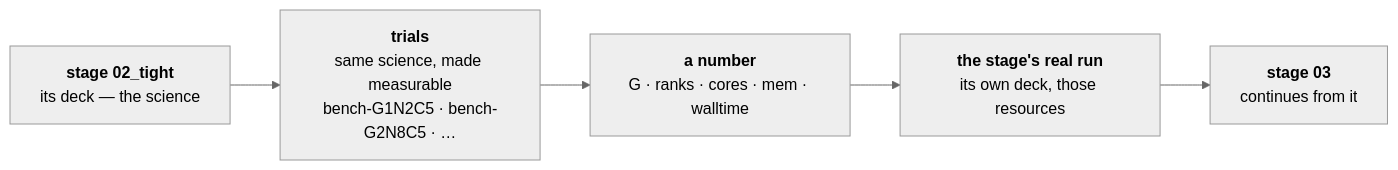
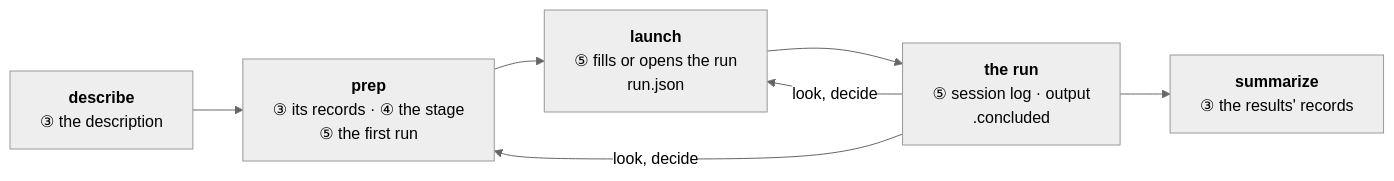
Before and after one commit to Qing-LAB/molbuilder: the second of 2 diagrams in docs/execution/project-layout.md, drawn with Mermaid (neutral theme). The commit also changed other lines of this file and 30 other files, not shown here.

````diff
--- a/docs/execution/project-layout.md
+++ b/docs/execution/project-layout.md
@@ -2134,7 +776,9 @@
 ```mermaid
 flowchart LR
-    D["<b>stage 02_tight</b><br/>its deck — the science"] --> T["<b>trials</b><br/>same science, made measurable<br/>bench-G1N2C5 · bench-G2N8C5 · …"]
-    T --> W["<b>a number</b><br/>G · ranks · cores · mem · walltime"]
-    W --> R["<b>the stage's real run</b><br/>its own deck, those resources"]
-    R --> N["<b>stage 03</b><br/>continues from it"]
+    D["<b>describe</b><br/>③ the description"] --> P["<b>prep</b><br/>③ its records · ④ the stage<br/>⑤ the first run"]
+    P --> L["<b>launch</b><br/>⑤ fills or opens the run<br/>run.json"]
+    L --> R["<b>the run</b><br/>⑤ session log · output<br/>.concluded"]
+    R -->|"look, decide"| L
+    R -->|"look, decide"| P
+    R --> S["<b>summarize</b><br/>③ the results' records"]
 ```
````
